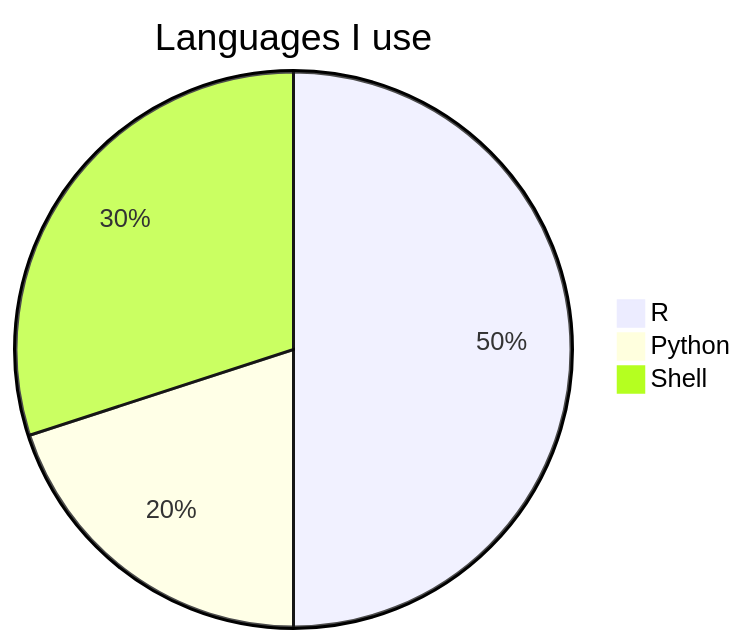
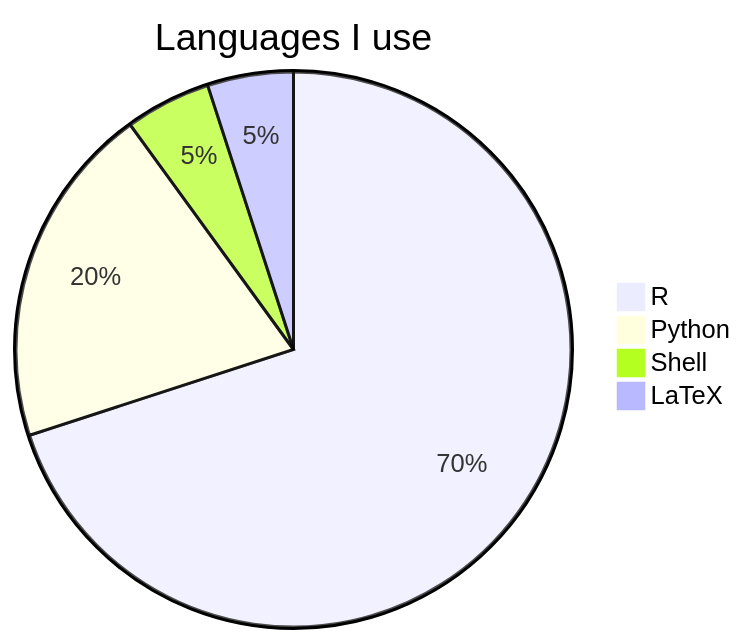
One commit to alexchaichan/alexchaichan changed the diagram in README.md. Above: the diagram before and after it, drawn with Mermaid.

````diff
--- a/README.md
+++ b/README.md
@@ -1,7 +1,8 @@
 ```mermaid
 pie
     title Languages I use
-    "R" : 5
-    "Python" : 2
-    "Shell" : 3 
+    "R" : 14
+    "Python" : 4
+    "Shell" : 1
+    "\LaTeX": 1
 ```
````
